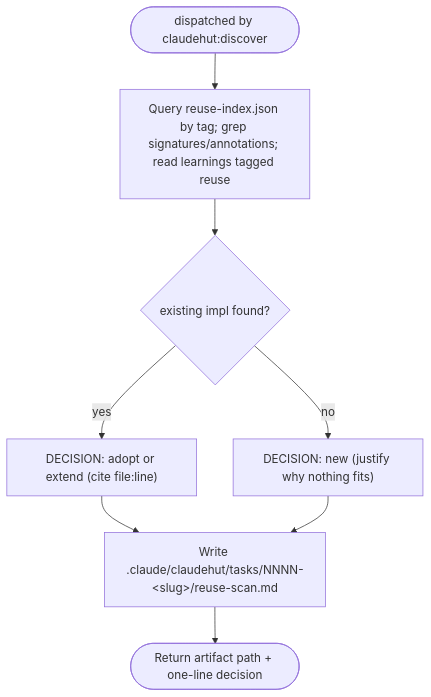
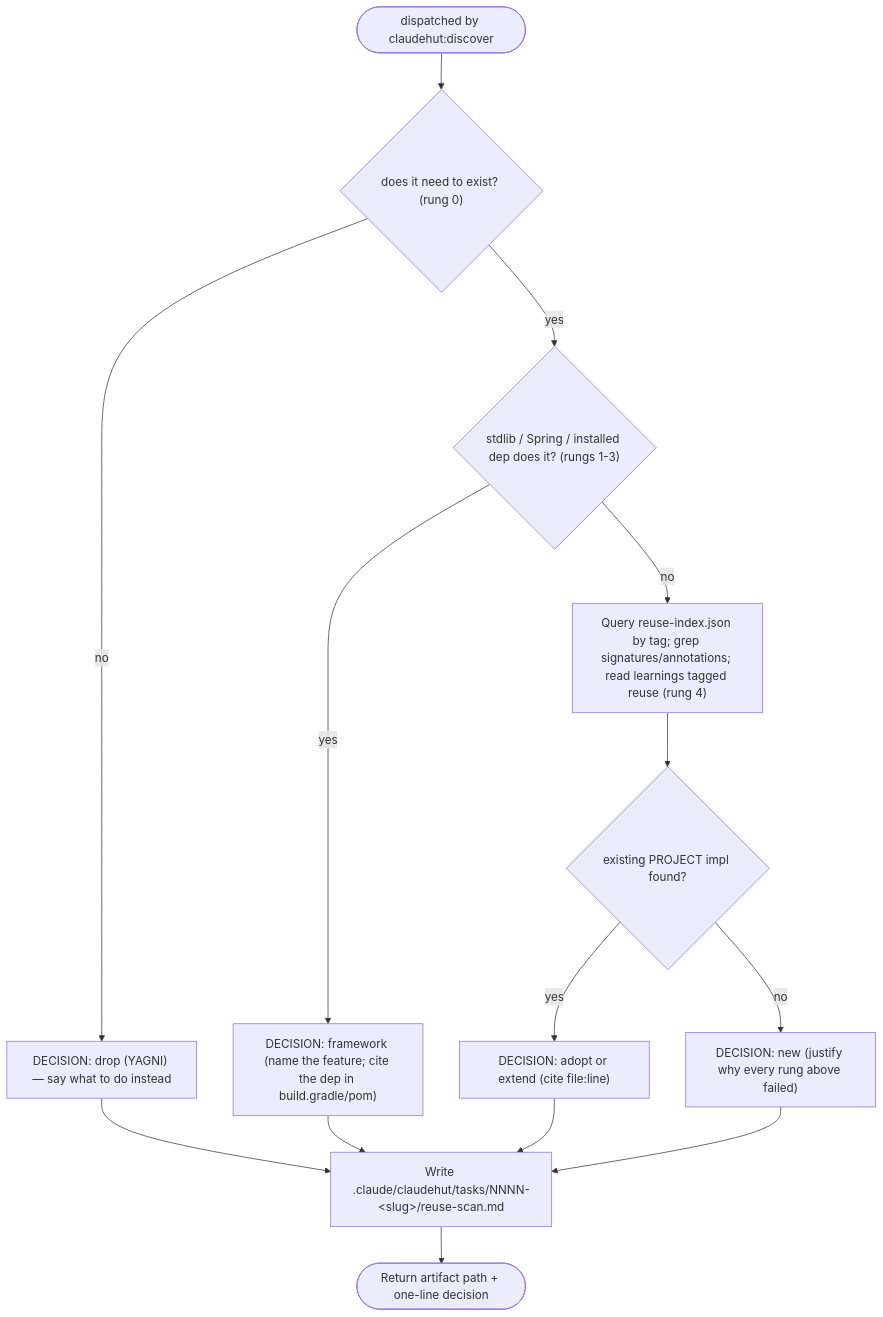
Before and after one commit to taipt1504/claudehut: the diagram in agents/claudehut-reuse-scanner.md, drawn with Mermaid. The commit also changed other lines of this file and 26 other files, not shown here.

````diff
--- a/agents/claudehut-reuse-scanner.md
+++ b/agents/claudehut-reuse-scanner.md
@@ -23,9 +38,13 @@
 ```mermaid
 flowchart TB
-    a([dispatched by claudehut:discover]) --> q["Query reuse-index.json by tag; grep signatures/annotations; read learnings tagged reuse"]
-    q --> found{"existing impl found?"}
+    a([dispatched by claudehut:discover]) --> need{"does it need to exist? (rung 0)"}
+    need -- no --> dec0["DECISION: drop (YAGNI) — say what to do instead"]
+    need -- yes --> fw{"stdlib / Spring / installed dep does it? (rungs 1-3)"}
+    fw -- yes --> decF["DECISION: framework (name the feature; cite the dep in build.gradle/pom)"]
+    fw -- no --> q["Query reuse-index.json by tag; grep signatures/annotations; read learnings tagged reuse (rung 4)"]
+    q --> found{"existing PROJECT impl found?"}
     found -- yes --> dec1["DECISION: adopt or extend (cite file:line)"]
-    found -- no --> dec2["DECISION: new (justify why nothing fits)"]
-    dec1 & dec2 --> write["Write .claude/claudehut/tasks/NNNN-&lt;slug&gt;/reuse-scan.md"]
+    found -- no --> dec2["DECISION: new (justify why every rung above failed)"]
+    dec0 & decF & dec1 & dec2 --> write["Write .claude/claudehut/tasks/NNNN-&lt;slug&gt;/reuse-scan.md"]
     write --> out([Return artifact path + one-line decision])
 ```
````
